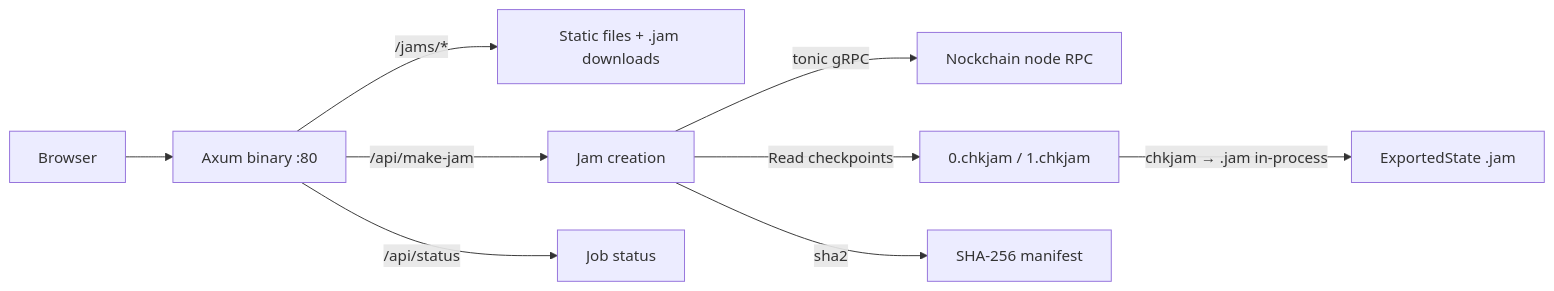
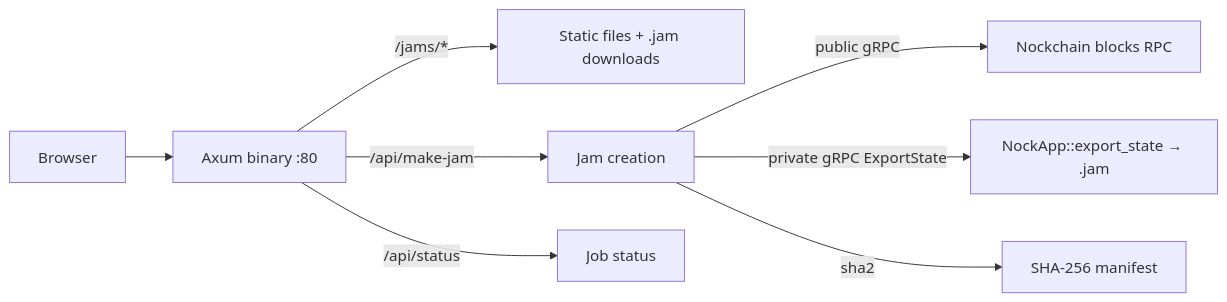
The diagram in README.md (nocktoshi/nockchain-jammer), drawn with Mermaid before and after one commit. The commit also changed other lines of this file and 8 other files, not shown here.

Commit message:
feat: use new rpc export endpoint, add phase to job status

````diff
--- a/README.md
+++ b/README.md
@@ -38,11 +45,10 @@
 ```mermaid
 flowchart LR
     Browser --> Axum["Axum binary :80"]
     Axum -->|"/jams/*"| Static["Static files + .jam downloads"]
     Axum -->|"/api/make-jam"| Jam["Jam creation"]
     Axum -->|"/api/status"| Status["Job status"]
-    Jam -->|"tonic gRPC"| Node["Nockchain node RPC"]
-    Jam -->|"Read checkpoints"| Chk["0.chkjam / 1.chkjam"]
-    Chk -->|"chkjam → .jam in-process"| Export["ExportedState .jam"]
+    Jam -->|"public gRPC"| Node["Nockchain blocks RPC"]
+    Jam -->|"private gRPC ExportState"| Export["NockApp::export_state → .jam"]
     Jam -->|"sha2"| Hash["SHA-256 manifest"]
 ```
````
